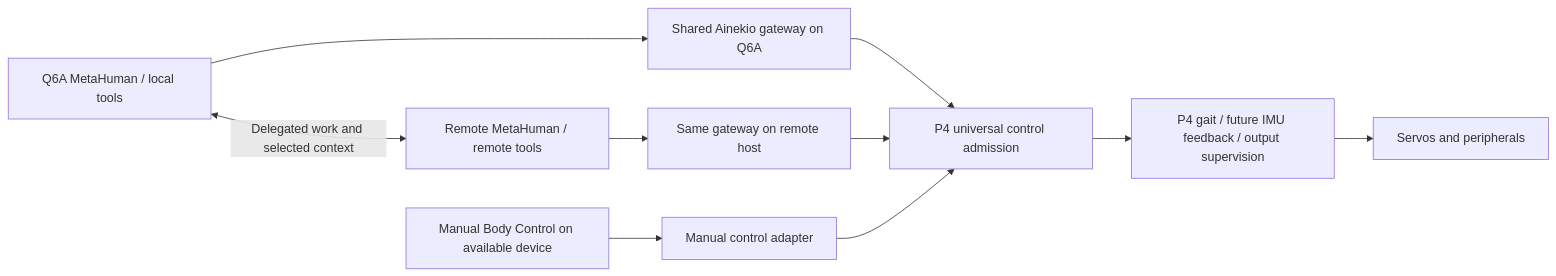
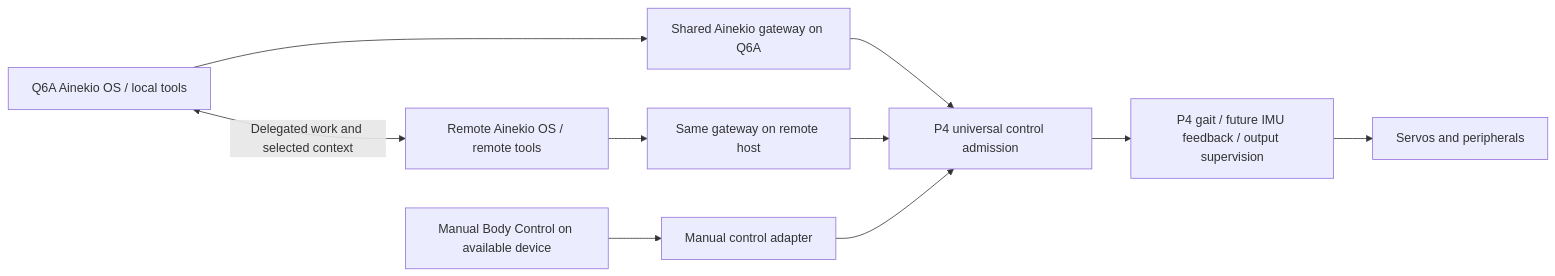
One commit to Greg-Aster/Ainekio-bot changed the diagram in docs/DISTRIBUTED_ROBOT_FOUNDATION.md. Above: the diagram before and after it, drawn with Mermaid. The commit also changed other lines of this file and 2170 other files, not shown here.

````diff
--- a/docs/DISTRIBUTED_ROBOT_FOUNDATION.md
+++ b/docs/DISTRIBUTED_ROBOT_FOUNDATION.md
@@ -49,12 +49,12 @@
 ```mermaid
 flowchart LR
-    Q[Q6A MetaHuman / local tools] --> QG[Shared Ainekio gateway on Q6A]
-    R[Remote MetaHuman / remote tools] --> RG[Same gateway on remote host]
+    Q[Q6A Ainekio OS / local tools] --> QG[Shared Ainekio gateway on Q6A]
+    R[Remote Ainekio OS / remote tools] --> RG[Same gateway on remote host]
     M[Manual Body Control on available device] --> MA[Manual control adapter]
     QG --> P[P4 universal control admission]
     RG --> P
     MA --> P
     P --> B[P4 gait / future IMU feedback / output supervision]
     B --> S[Servos and peripherals]
     Q <-->|Delegated work and selected context| R
 ```
````
